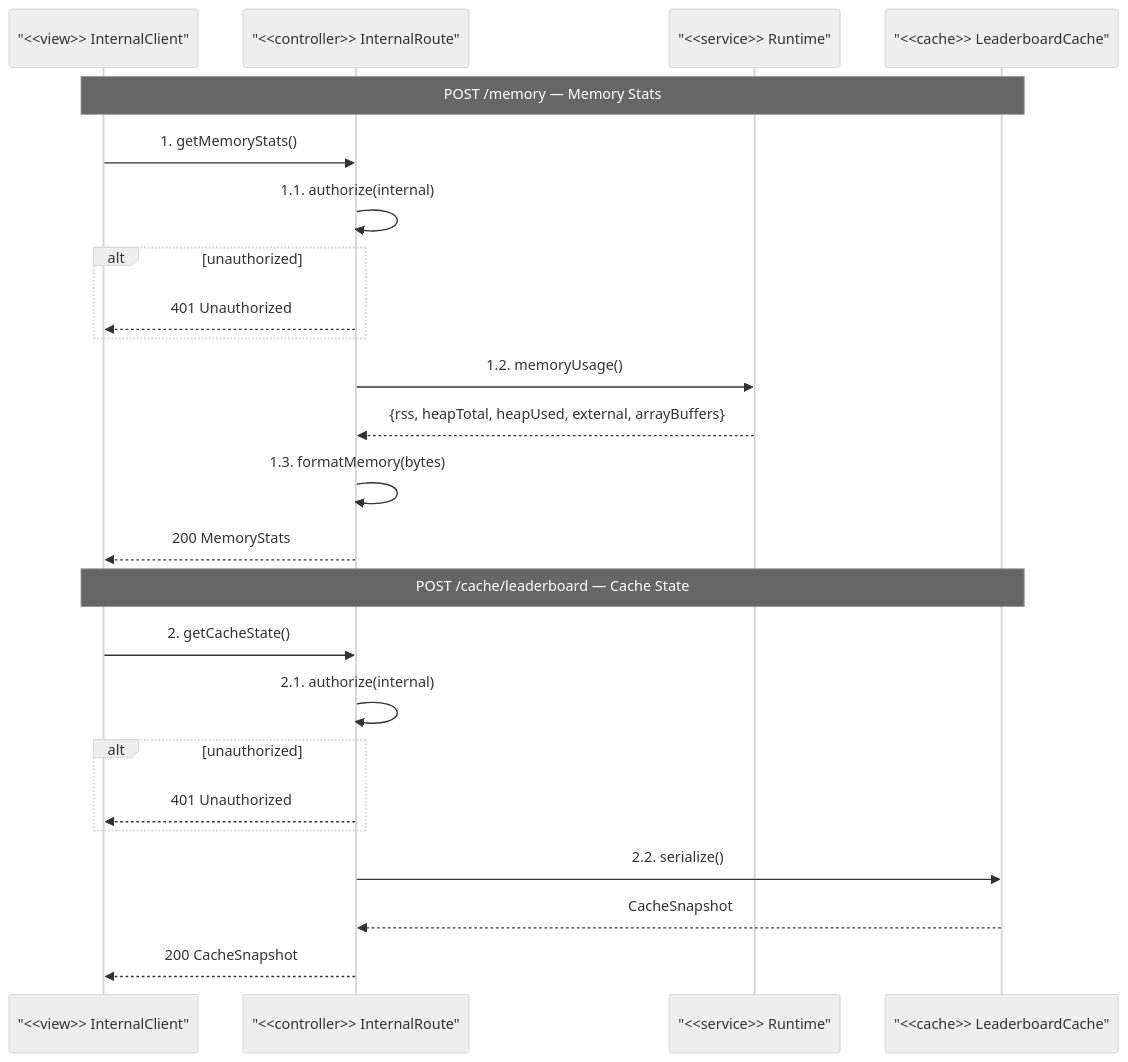
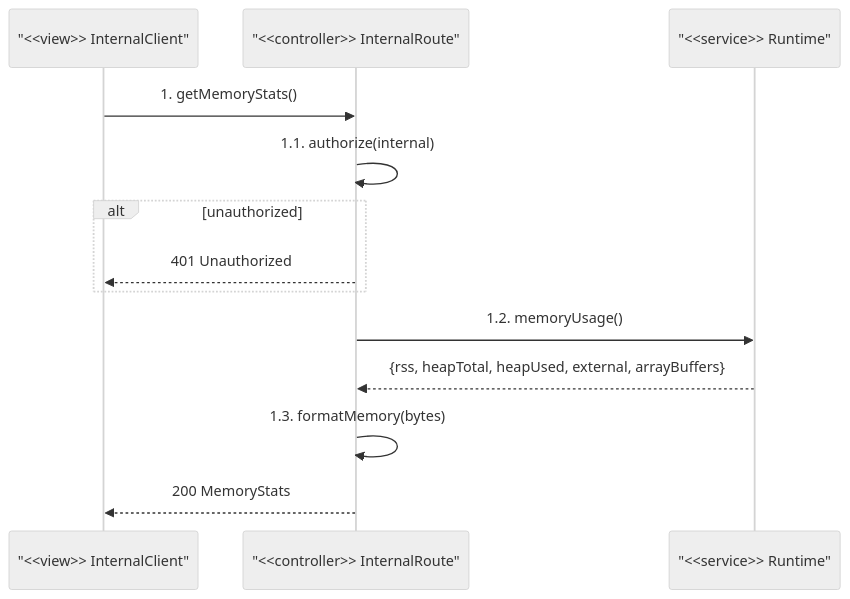
The first of 2 diagrams in docs/diagrams/internal/sequence.md (christphralden/magic-nugger-app), drawn with Mermaid before and after one commit. The commit also changed other lines of this file and 15 other files, not shown here.

Commit message:
feat(docs): flowchart and seq diagram

````diff
--- a/docs/diagrams/internal/sequence.md
+++ b/docs/diagrams/internal/sequence.md
@@ -7,29 +11,17 @@
 ```mermaid
 %%{init: {'theme': 'neutral'}}%%
 sequenceDiagram
     participant IC as "<<view>> InternalClient"
     participant R as "<<controller>> InternalRoute"
     participant RT as "<<service>> Runtime"
-    participant CACHE as "<<cache>> LeaderboardCache"
 
-    Note over IC,CACHE: POST /memory — Memory Stats
     IC->>R: 1. getMemoryStats()
     R->>R: 1.1. authorize(internal)
     alt unauthorized
         R-->>IC: 401 Unauthorized
     end
     R->>RT: 1.2. memoryUsage()
     RT-->>R: {rss, heapTotal, heapUsed, external, arrayBuffers}
     R->>R: 1.3. formatMemory(bytes)
     R-->>IC: 200 MemoryStats
-
-    Note over IC,CACHE: POST /cache/leaderboard — Cache State
-    IC->>R: 2. getCacheState()
-    R->>R: 2.1. authorize(internal)
-    alt unauthorized
-        R-->>IC: 401 Unauthorized
-    end
-    R->>CACHE: 2.2. serialize()
-    CACHE-->>R: CacheSnapshot
-    R-->>IC: 200 CacheSnapshot
 ```
````
